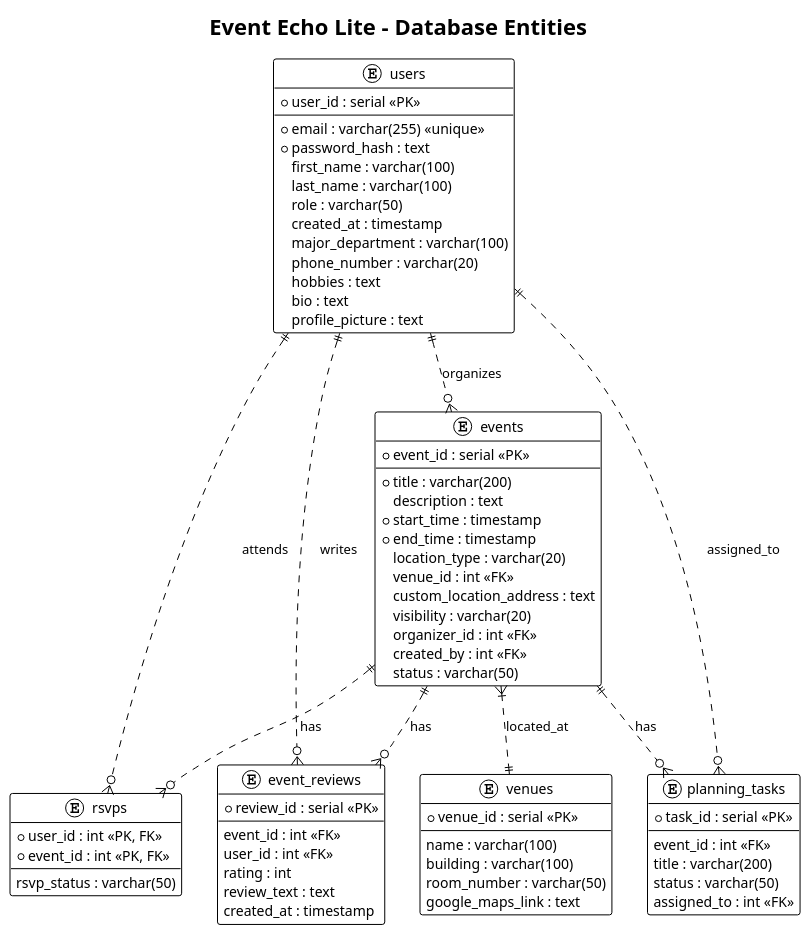
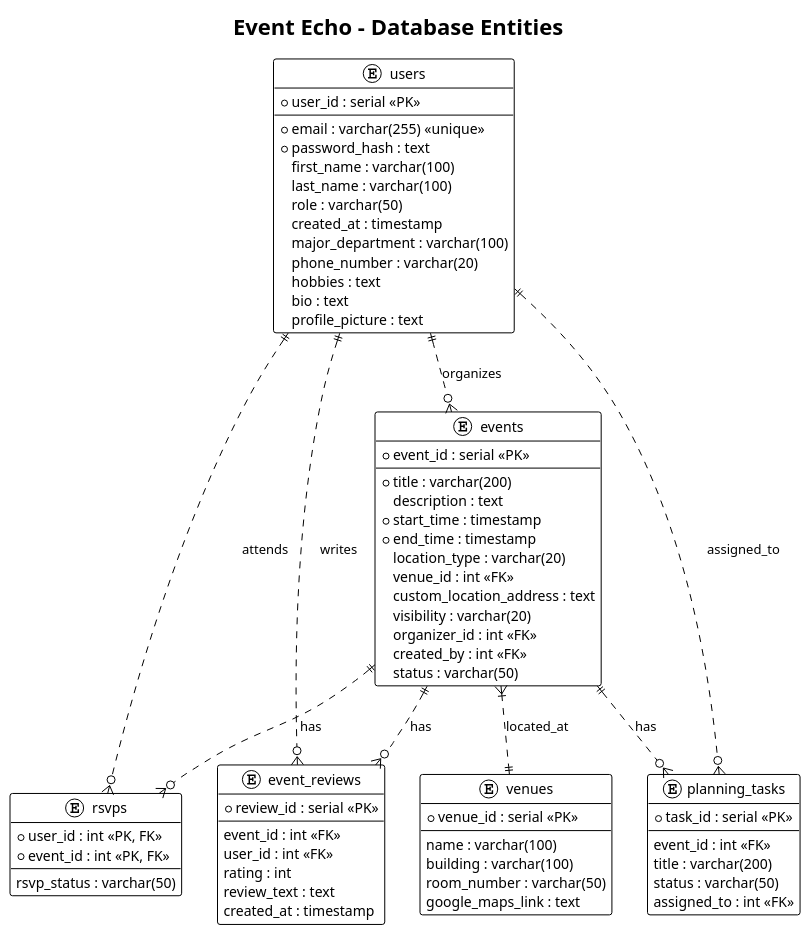
The diagram in docs/diagrams/class_db_entities.puml (JoshuaCYin/Event-Echo-Lite), drawn with PlantUML before and after one commit. The commit also changed 7 other files, not shown here.

Commit message:
Fix issue in diagrams.

```diff
--- a/docs/diagrams/class_db_entities.puml
+++ b/docs/diagrams/class_db_entities.puml
@@ -1,82 +1,82 @@
 @startuml
 !theme plain
-title Event Echo Lite - Database Entities
+title Event Echo - Database Entities
 
 entity "users" as users {
   *user_id : serial <<PK>>
   --
   *email : varchar(255) <<unique>>
   *password_hash : text
   first_name : varchar(100)
   last_name : varchar(100)
   role : varchar(50)
   created_at : timestamp
   major_department : varchar(100)
   phone_number : varchar(20)
   hobbies : text
   bio : text
   profile_picture : text
 }
 
 entity "events" as events {
   *event_id : serial <<PK>>
   --
   *title : varchar(200)
   description : text
   *start_time : timestamp
   *end_time : timestamp
   location_type : varchar(20)
   venue_id : int <<FK>>
   custom_location_address : text
   visibility : varchar(20)
   organizer_id : int <<FK>>
   created_by : int <<FK>>
   status : varchar(50)
 }
 
 entity "venues" as venues {
   *venue_id : serial <<PK>>
   --
   name : varchar(100)
   building : varchar(100)
   room_number : varchar(50)
   google_maps_link : text
 }
 
 entity "rsvps" as rsvps {
   *user_id : int <<PK, FK>>
   *event_id : int <<PK, FK>>
   --
   rsvp_status : varchar(50)
 }
 
 entity "planning_tasks" as planning_tasks {
   *task_id : serial <<PK>>
   --
   event_id : int <<FK>>
   title : varchar(200)
   status : varchar(50)
   assigned_to : int <<FK>>
 }
 
 entity "event_reviews" as event_reviews {
   *review_id : serial <<PK>>
   --
   event_id : int <<FK>>
   user_id : int <<FK>>
   rating : int
   review_text : text
   created_at : timestamp
 }
 
 users ||..o{ events : "organizes"
 users ||..o{ rsvps : "attends"
 users ||..o{ planning_tasks : "assigned_to"
 users ||..o{ event_reviews : "writes"
 
 events ||..o{ rsvps : "has"
 events ||..o{ planning_tasks : "has"
 events ||..o{ event_reviews : "has"
 events }|..|| venues : "located_at"
 
 @enduml
```
